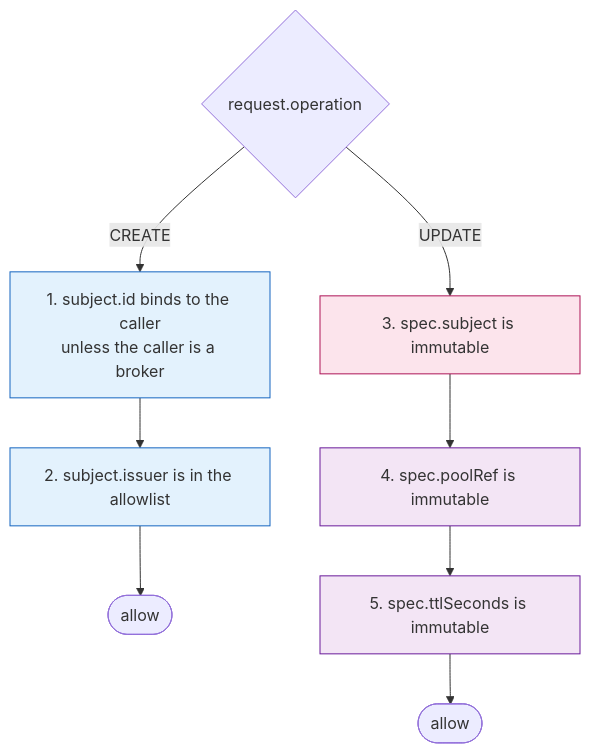
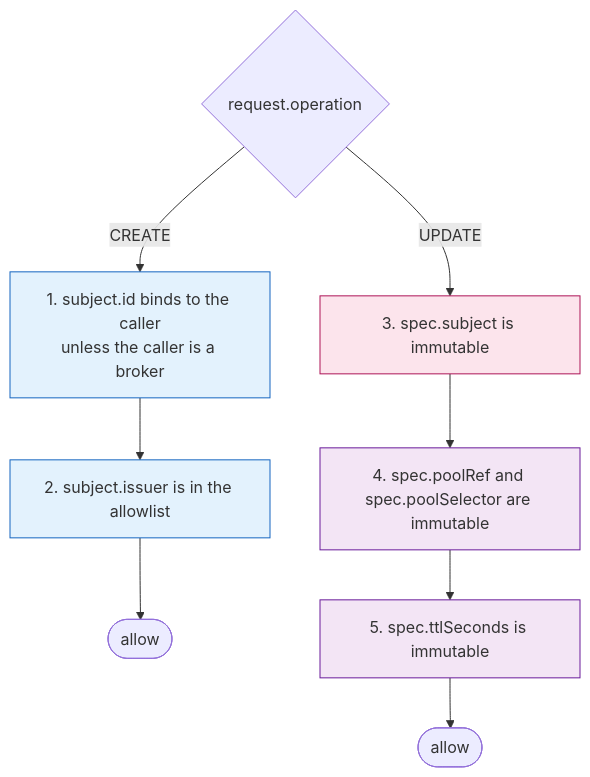
One commit to firestoned/banlieue changed the fourth of 11 diagrams in docs/src/concepts/virtualmachine-claim-flow.md. Above: the diagram before and after it, drawn with Mermaid. The commit also changed other lines of this file and 26 other files, not shown here.

First line of the commit message:
feat(claim): a VirtualMachineClaim may select its pool by label (ADR-0132, roadmap 17)

````diff
--- a/docs/src/concepts/virtualmachine-claim-flow.md
+++ b/docs/src/concepts/virtualmachine-claim-flow.md
@@ -187,18 +187,18 @@
 ```mermaid
 flowchart TD
     OP{"request.operation"}
     OP -->|CREATE| C1["1. subject.id binds to the caller<br/>unless the caller is a broker"]
     C1 --> C2["2. subject.issuer is in the allowlist"]
     C2 --> OK1([allow])
 
     OP -->|UPDATE| U3["3. spec.subject is immutable"]
-    U3 --> U4["4. spec.poolRef is immutable"]
+    U3 --> U4["4. spec.poolRef and spec.poolSelector are immutable"]
     U4 --> U5["5. spec.ttlSeconds is immutable"]
     U5 --> OK2([allow])
 
     style C1 fill:#e3f2fd,stroke:#1565c0
     style C2 fill:#e3f2fd,stroke:#1565c0
     style U3 fill:#fce4ec,stroke:#ad1457
     style U4 fill:#f3e5f5,stroke:#6a1b9a
     style U5 fill:#f3e5f5,stroke:#6a1b9a
 ```
````
